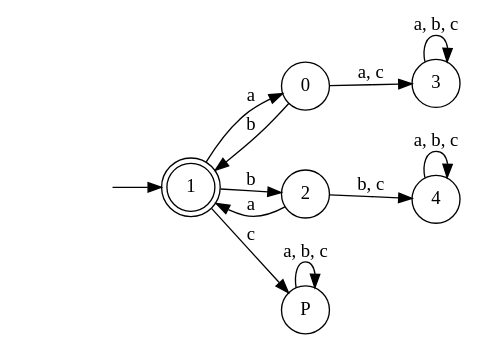
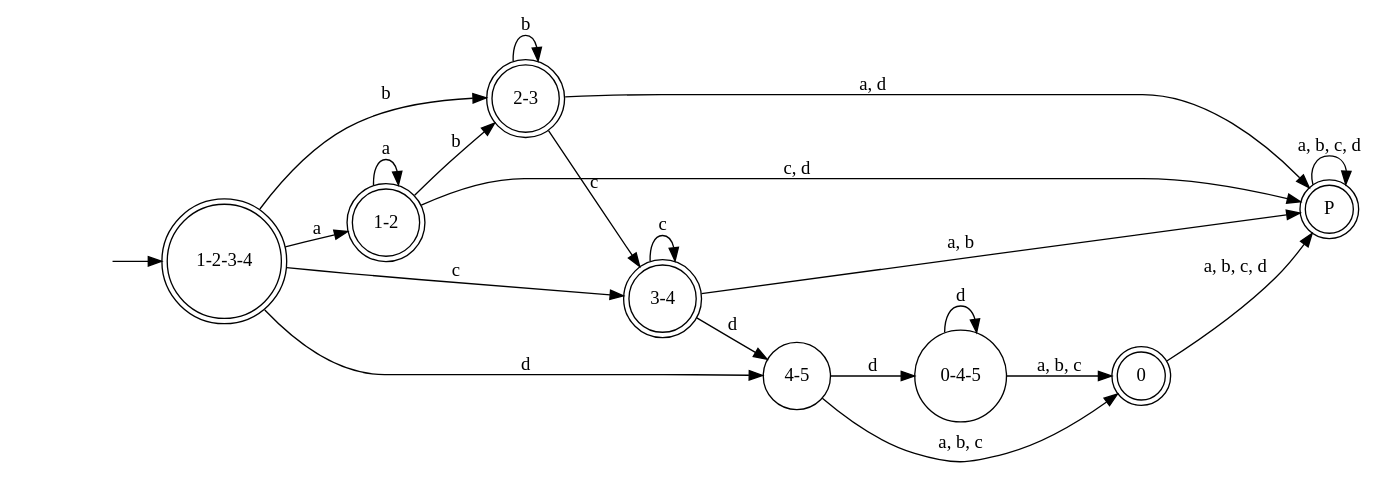
The diagram in dot/automata.dot (avivi55/FiniteAutomaton), drawn with Graphviz before and after one commit. The commit also changed 5 other files, not shown here.

```diff
--- a/dot/automata.dot
+++ b/dot/automata.dot
@@ -1,19 +1,33 @@
 digraph finite_state_machine { rankdir=LR
 	node [shape=doublecircle]
-	"1"
+	"1-2-3-4"
+	"2-3"
+	"1-2"
+	"0"
+	"3-4"
+	"P"
 
 	node [shape=circle]
 	fake0 [style=invisible]
-	fake0 -> "1"
+	fake0 -> "1-2-3-4"
 
-	"0" -> "3" [label="a, c"] 
-	"0" -> "1" [label="b"] 
-	"3" -> "3" [label="a, b, c"] 
-	"1" -> "0" [label="a"] 
-	"1" -> "2" [label="b"] 
-	"1" -> "P" [label="c"] 
-	"2" -> "1" [label="a"] 
-	"2" -> "4" [label="b, c"] 
-	"4" -> "4" [label="a, b, c"] 
-	"P" -> "P" [label="a, b, c"] 
+	"1-2-3-4" -> "1-2" [label="a"] 
+	"1-2-3-4" -> "2-3" [label="b"] 
+	"1-2-3-4" -> "3-4" [label="c"] 
+	"1-2-3-4" -> "4-5" [label="d"] 
+	"2-3" -> "P" [label="a, d"] 
+	"2-3" -> "2-3" [label="b"] 
+	"2-3" -> "3-4" [label="c"] 
+	"1-2" -> "1-2" [label="a"] 
+	"1-2" -> "2-3" [label="b"] 
+	"1-2" -> "P" [label="c, d"] 
+	"4-5" -> "0" [label="a, b, c"] 
+	"4-5" -> "0-4-5" [label="d"] 
+	"0-4-5" -> "0" [label="a, b, c"] 
+	"0-4-5" -> "0-4-5" [label="d"] 
+	"0" -> "P" [label="a, b, c, d"] 
+	"3-4" -> "P" [label="a, b"] 
+	"3-4" -> "3-4" [label="c"] 
+	"3-4" -> "4-5" [label="d"] 
+	"P" -> "P" [label="a, b, c, d"] 
 }
```
